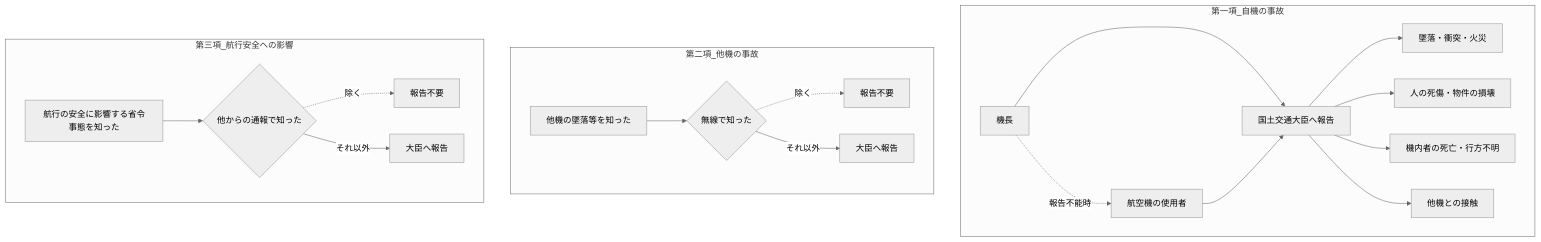
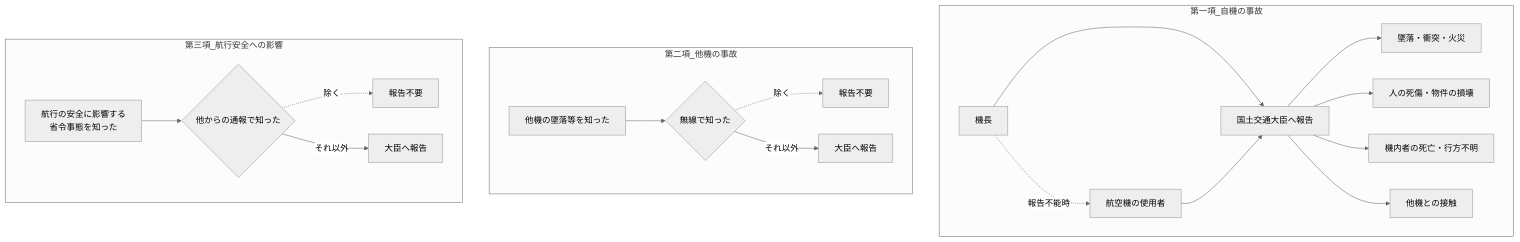
One commit to yonemotoBB/pil changed diagram 11 of 30 in chapters/06_第六章.md. Above: the diagram before and after it, drawn with Mermaid (neutral theme). The commit also changed other lines of this file, not shown here.

````diff
--- a/chapters/06_第六章.md
+++ b/chapters/06_第六章.md
@@ -658,22 +658,22 @@
 ```mermaid
 flowchart TD
   subgraph 第一項_自機の事故
     A["機長"] -. 報告不能時 .-> A2["航空機の使用者"]
     A --> B["国土交通大臣へ報告"]
     A2 --> B
     B --> E1["墜落・衝突・火災"]
     B --> E2["人の死傷・物件の損壊"]
     B --> E3["機内者の死亡・行方不明"]
     B --> E4["他機との接触"]
   end
   subgraph 第二項_他機の事故
     F["他機の墜落等を知った"] --> G{"無線で知った"}
     G -. 除く .-> H["報告不要"]
     G -->|それ以外| I["大臣へ報告"]
   end
   subgraph 第三項_航行安全への影響
-    J["航行の安全に影響する省令事態を知った"] --> K{"他からの通報で知った"}
+    J["航行の安全に影響する<br>省令事態を知った"] --> K{"他からの通報で知った"}
     K -. 除く .-> L["報告不要"]
     K -->|それ以外| M["大臣へ報告"]
   end
 ```
````
